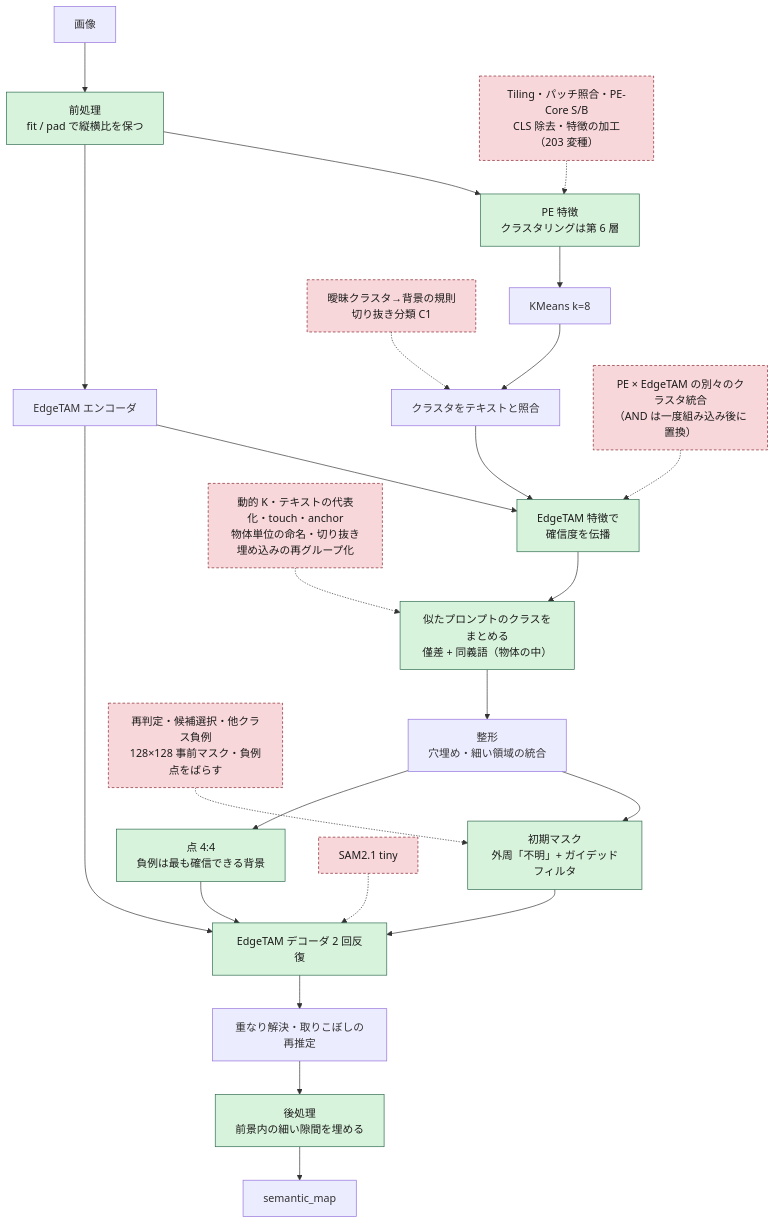
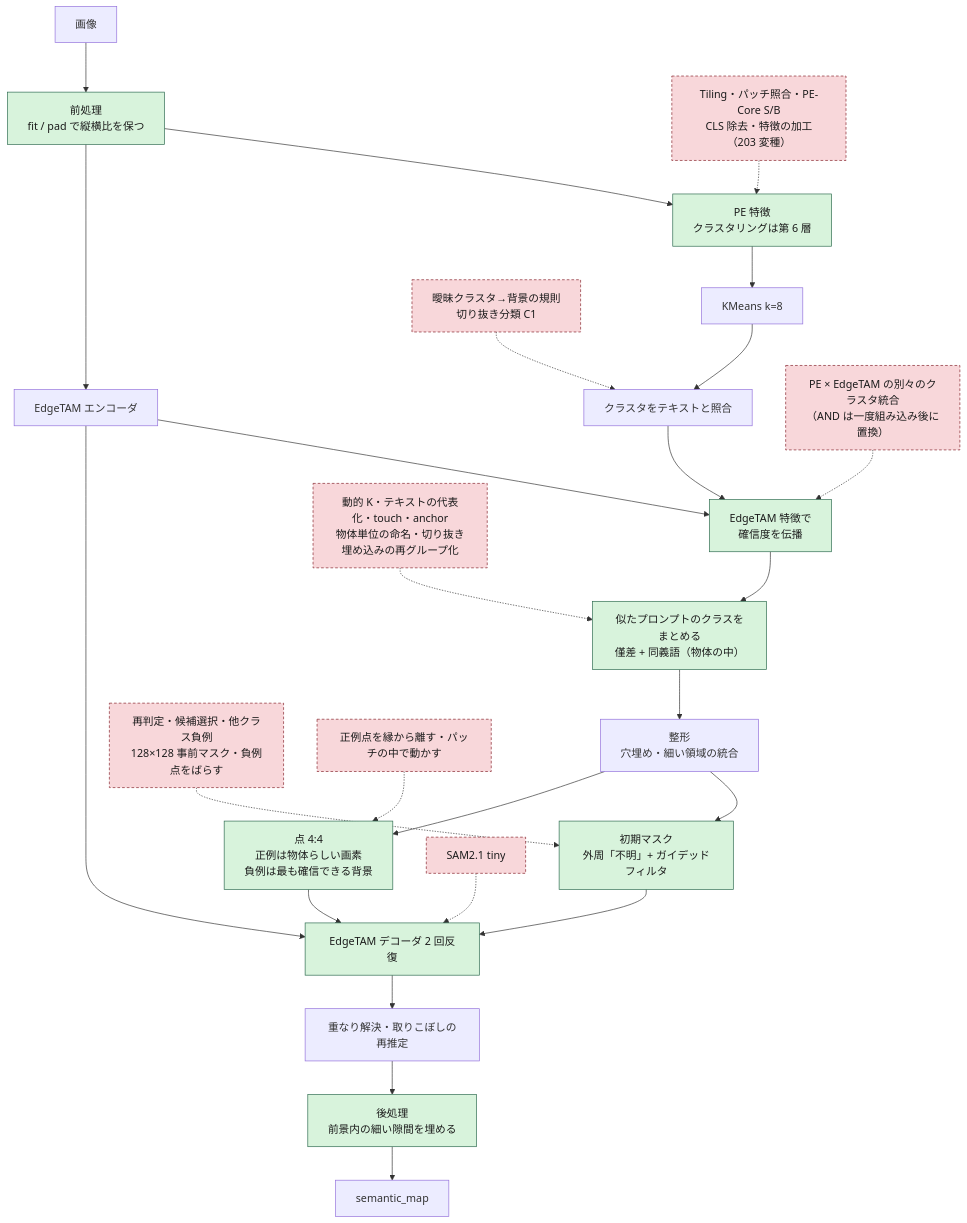
Before and after one commit to fklg-64/pe_anything_detect: the first of 4 diagrams in docs/method_history.md, drawn with Mermaid. The commit also changed other lines of this file and 15 other files, not shown here.

````diff
--- a/docs/method_history.md
+++ b/docs/method_history.md
@@ -16,32 +16,33 @@
 ```mermaid
 flowchart TD
     IMG["画像"] --> PRE["前処理<br/>fit / pad で縦横比を保つ"]
     PRE --> PE["PE 特徴<br/>クラスタリングは第 6 層"]
     PRE --> ET["EdgeTAM エンコーダ"]
     PE --> KM["KMeans k=8"]
     KM --> J["クラスタをテキストと照合"]
     J --> PROP["EdgeTAM 特徴で<br/>確信度を伝播"]
     ET --> PROP
     PROP --> MRG["似たプロンプトのクラスをまとめる<br/>僅差 + 同義語（物体の中）"]
     MRG --> FIX["整形<br/>穴埋め・細い領域の統合"]
     FIX --> PRIOR["初期マスク<br/>外周「不明」+ ガイデッドフィルタ"]
-    FIX --> PTS["点 4:4<br/>負例は最も確信できる背景"]
+    FIX --> PTS["点 4:4<br/>正例は物体らしい画素<br/>負例は最も確信できる背景"]
     PRIOR --> DEC["EdgeTAM デコーダ 2 回反復"]
     PTS --> DEC
     ET --> DEC
     DEC --> RES["重なり解決・取りこぼしの再推定"]
     RES --> POST["後処理<br/>前景内の細い隙間を埋める"]
     POST --> OUT["semantic_map"]
 
     X1["Tiling・パッチ照合・PE-Core S/B<br/>CLS 除去・特徴の加工（203 変種）"] -.-> PE
     X2["曖昧クラスタ→背景の規則<br/>切り抜き分類 C1"] -.-> J
     X3["PE × EdgeTAM の別々のクラスタ統合<br/>（AND は一度組み込み後に置換）"] -.-> PROP
     X4["SAM2.1 tiny"] -.-> DEC
     X5["再判定・候補選択・他クラス負例<br/>128×128 事前マスク・負例点をばらす"] -.-> PRIOR
     X6["動的 K・テキストの代表化・touch・anchor<br/>物体単位の命名・切り抜き埋め込みの再グループ化"] -.-> MRG
+    X7["正例点を縁から離す・パッチの中で動かす"] -.-> PTS
 
     classDef adopted fill:#d8f3dc,stroke:#2d6a4f,color:#1b1b1b;
     classDef rejected fill:#f8d7da,stroke:#842029,stroke-dasharray:4 3,color:#1b1b1b;
     class PRE,PE,PROP,MRG,PRIOR,PTS,DEC,POST adopted;
-    class X1,X2,X3,X4,X5,X6 rejected;
+    class X1,X2,X3,X4,X5,X6,X7 rejected;
 ```
````
